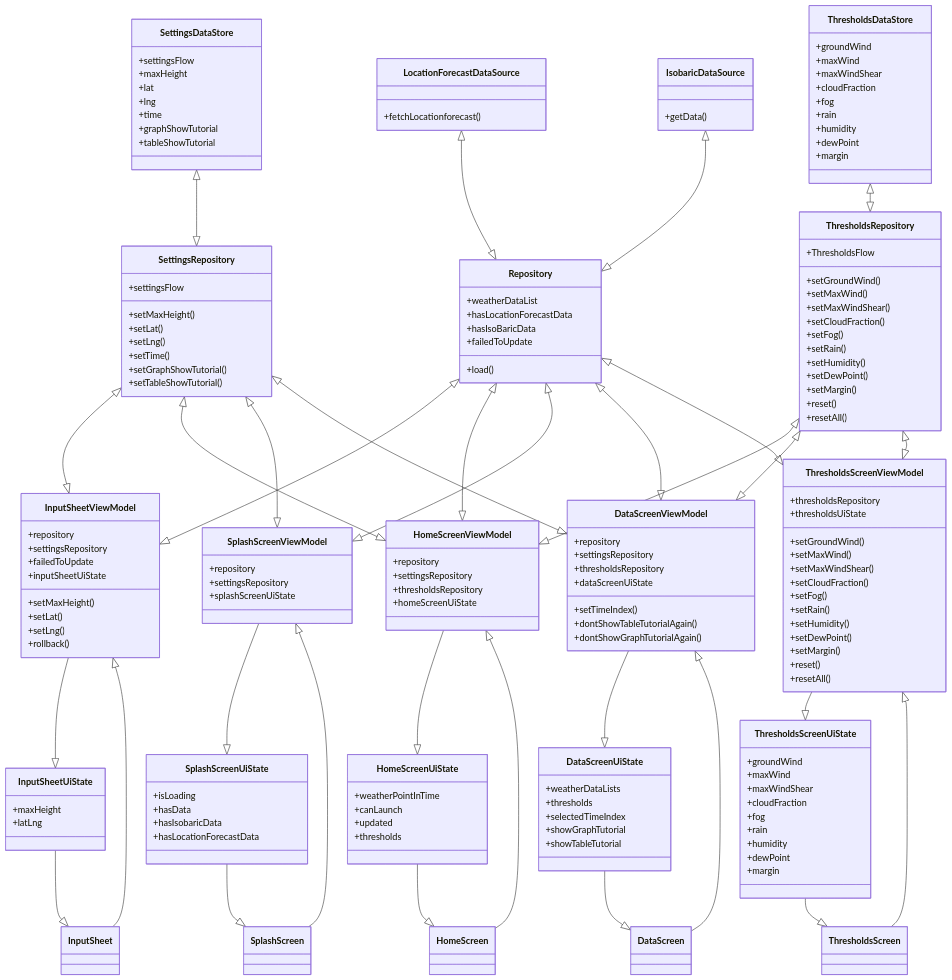
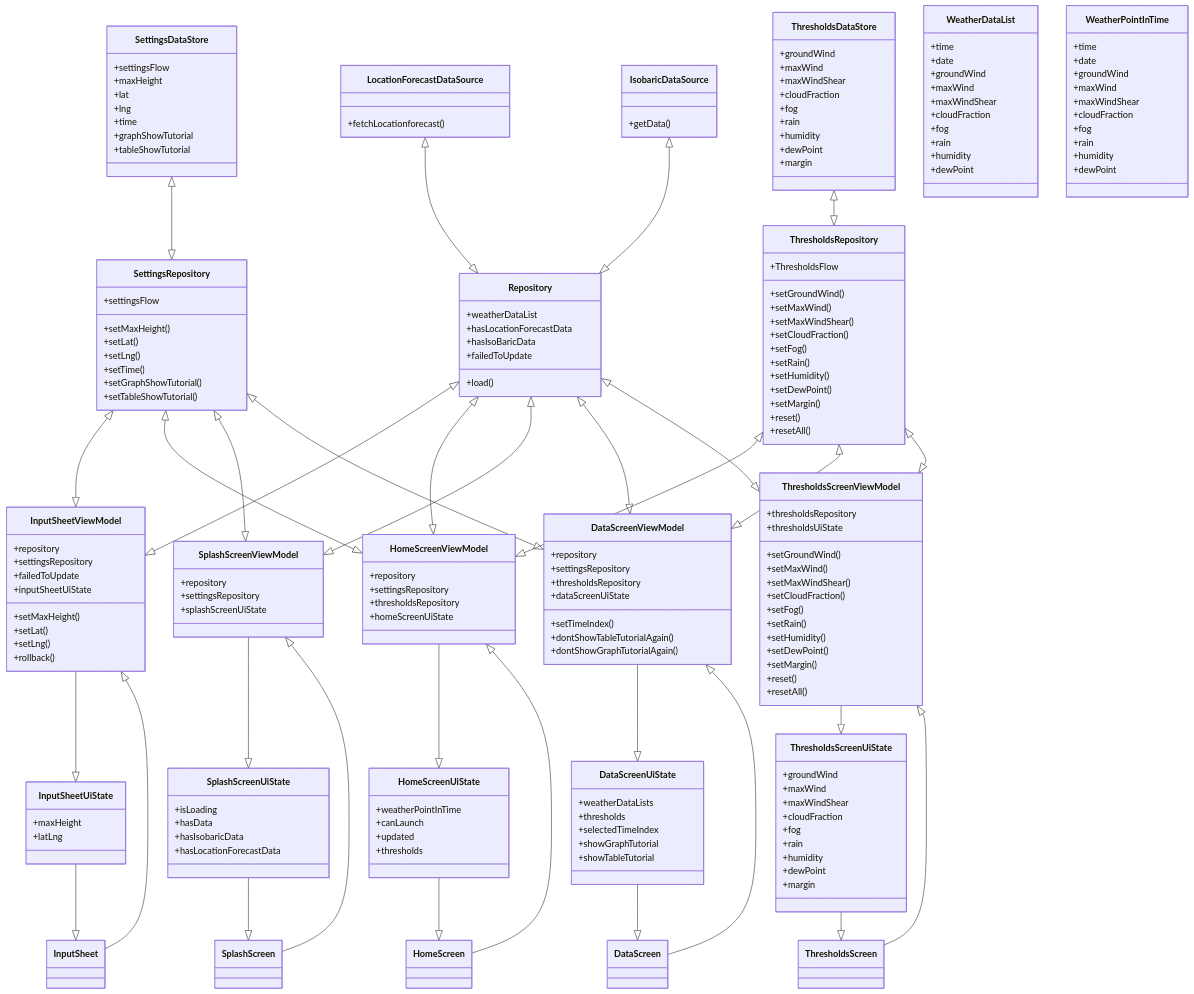
The diagram in MODELING.md (TheLyngset/liftOff), drawn with Mermaid before and after one commit.

Commit message:
started on classDiagram

````diff
--- a/MODELING.md
+++ b/MODELING.md
@@ -194,4 +194,29 @@
         +dewPoint
         +margin
     } 
+
+    class WeatherDataList{
+        +time
+        +date
+        +groundWind
+        +maxWind
+        +maxWindShear
+        +cloudFraction
+        +fog
+        +rain
+        +humidity
+        +dewPoint
+    }
+    class WeatherPointInTime{
+        +time
+        +date
+        +groundWind
+        +maxWind
+        +maxWindShear
+        +cloudFraction
+        +fog
+        +rain
+        +humidity
+        +dewPoint
+    }
 ```
````
